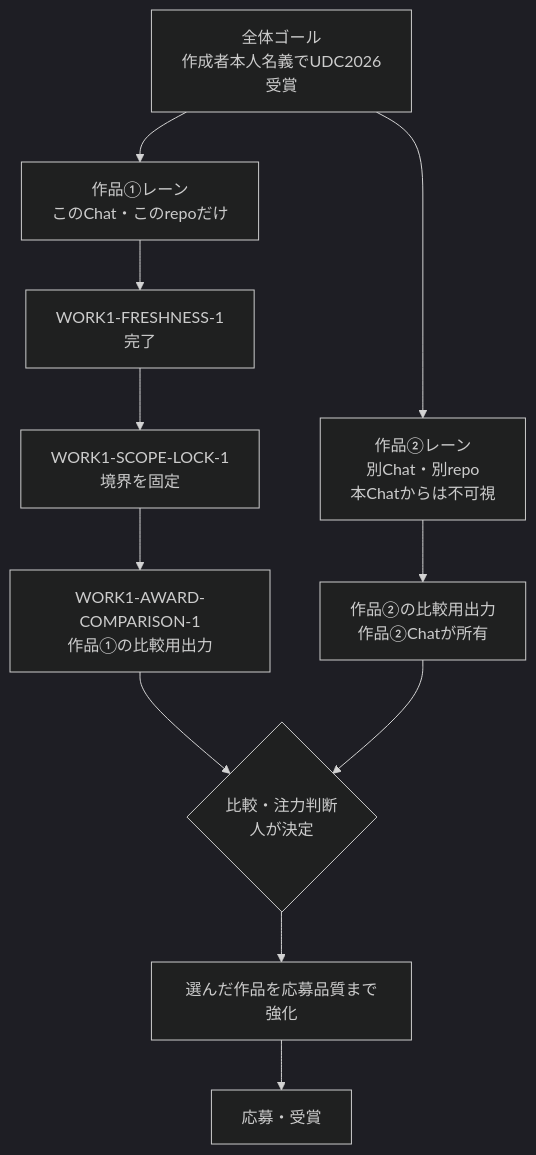
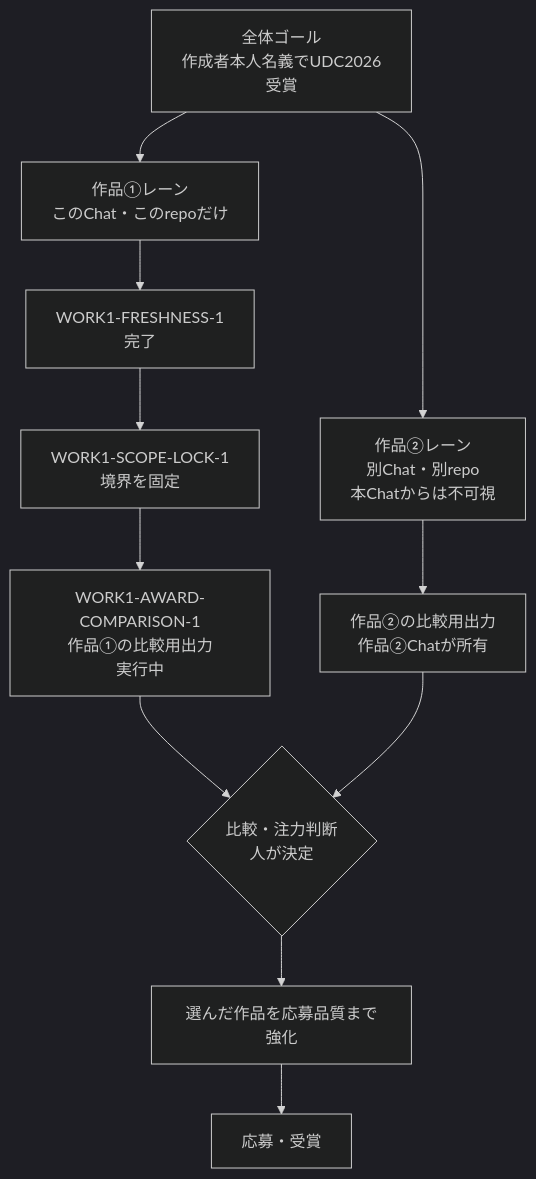
The diagram in WORK_SCOPE.md (yyy-yuichi/yamaguchi-yusho-data), drawn with Mermaid (dark theme) before and after one commit. The commit also changed other lines of this file and 19 other files, not shown here.

Commit message:
Publish Work 1 award comparison scorecard

````diff
--- a/WORK_SCOPE.md
+++ b/WORK_SCOPE.md
@@ -20,19 +20,19 @@
 ```mermaid
 flowchart TD
     G["全体ゴール<br/>作成者本人名義でUDC2026受賞"]
     W1["作品①レーン<br/>このChat・このrepoだけ"]
     W2["作品②レーン<br/>別Chat・別repo<br/>本Chatからは不可視"]
     F["WORK1-FRESHNESS-1<br/>完了"]
     L["WORK1-SCOPE-LOCK-1<br/>境界を固定"]
-    C1["WORK1-AWARD-COMPARISON-1<br/>作品①の比較用出力"]
+    C1["WORK1-AWARD-COMPARISON-1<br/>作品①の比較用出力<br/>実行中"]
     C2["作品②の比較用出力<br/>作品②Chatが所有"]
     D{"比較・注力判断<br/>人が決定"}
     S["選んだ作品を応募品質まで強化"]
     A["応募・受賞"]
 
     G --> W1
     G --> W2
     W1 --> F --> L --> C1 --> D
     W2 --> C2 --> D
     D --> S --> A
 ```
````
